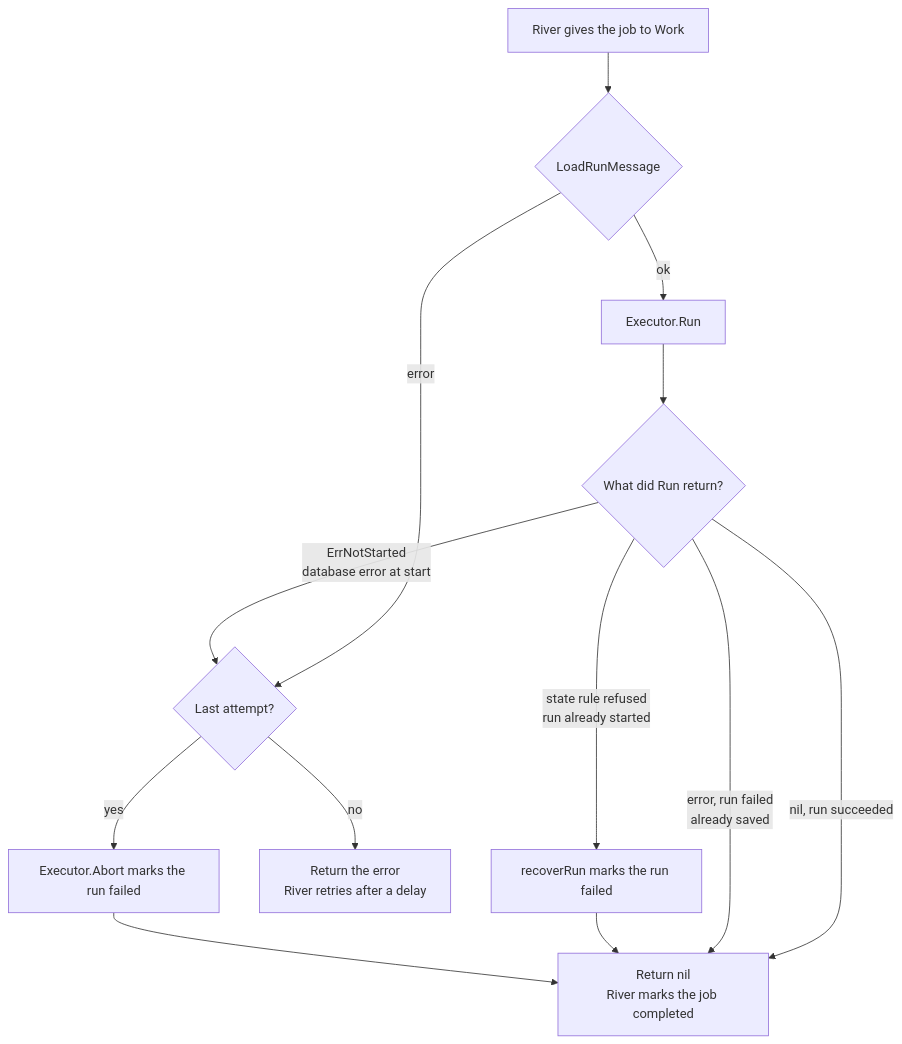
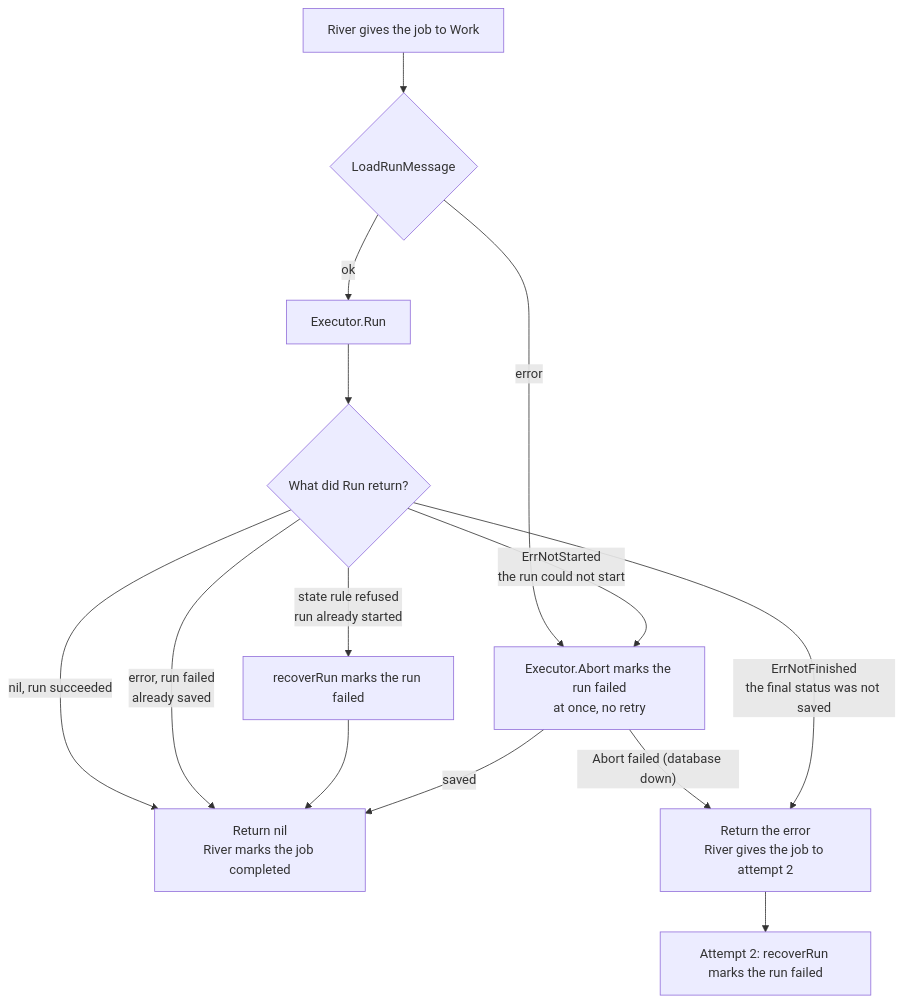
The diagram in docs/diagram/job-results.md (yuudev14/workflow), drawn with Mermaid before and after one commit. The commit also changed other lines of this file and 6 other files, not shown here.

````diff
--- a/docs/diagram/job-results.md
+++ b/docs/diagram/job-results.md
@@ -5,15 +5,15 @@
 ```mermaid
 flowchart TD
     A[River gives the job to Work] --> B{LoadRunMessage}
-    B -- error --> R{Last attempt?}
+    B -- error --> H
     B -- ok --> C[Executor.Run]
     C --> D{What did Run return?}
     D -- nil, run succeeded --> E[Return nil<br/>River marks the job completed]
     D -- error, run failed<br/>already saved --> E
-    D -- state rule refused<br/>run already started --> F[recoverRun marks the run failed]
-    F --> E
-    D -- ErrNotStarted<br/>database error at start --> R
-    R -- no --> G[Return the error<br/>River retries after a delay]
-    R -- yes --> H[Executor.Abort marks the run failed]
-    H --> E
+    D -- state rule refused<br/>run already started --> F[recoverRun marks the run failed] --> E
+    D -- ErrNotStarted<br/>the run could not start --> H[Executor.Abort marks the run failed<br/>at once, no retry]
+    H -- saved --> E
+    H -- "Abort failed (database down)" --> G
+    D -- ErrNotFinished<br/>the final status was not saved --> G[Return the error<br/>River gives the job to attempt 2]
+    G --> F2[Attempt 2: recoverRun marks the run failed]
 ```
````
